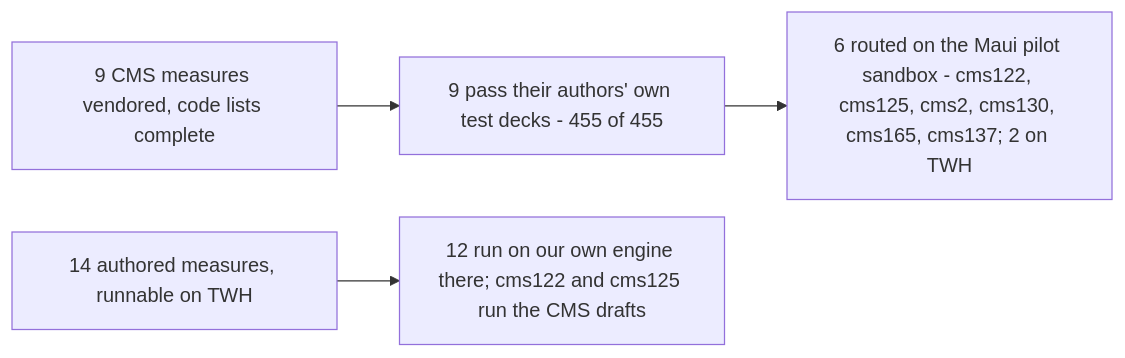
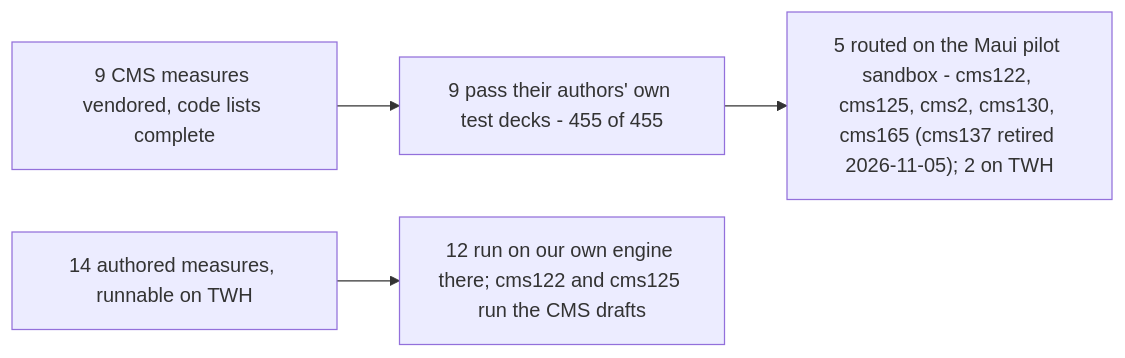
One commit to Taleef7/workwell changed the second of 2 diagrams in docs/guide/09-state-and-roadmap.md. Above: the diagram before and after it, drawn with Mermaid. The commit also changed other lines of this file and 14 other files, not shown here.

````diff
--- a/docs/guide/09-state-and-roadmap.md
+++ b/docs/guide/09-state-and-roadmap.md
@@ -33,6 +33,6 @@
 ```mermaid
 flowchart LR
   V["9 CMS measures vendored, code lists complete"] --> G["9 pass their authors' own test decks - 455 of 455"]
-  G --> R["6 routed on the Maui pilot sandbox - cms122, cms125, cms2, cms130, cms165, cms137; 2 on TWH"]
+  G --> R["5 routed on the Maui pilot sandbox - cms122, cms125, cms2, cms130, cms165 (cms137 retired 2026-11-05); 2 on TWH"]
   A["14 authored measures, runnable on TWH"] --> P["12 run on our own engine there; cms122 and cms125 run the CMS drafts"]
 ```
````
